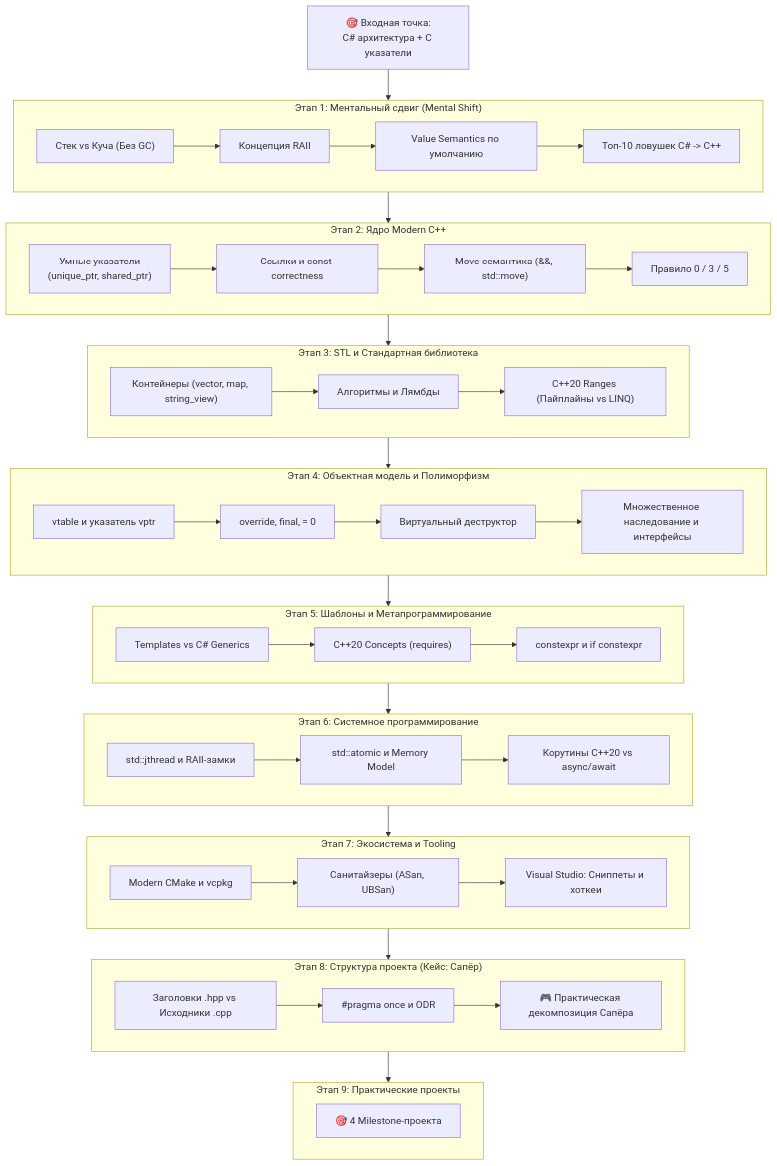
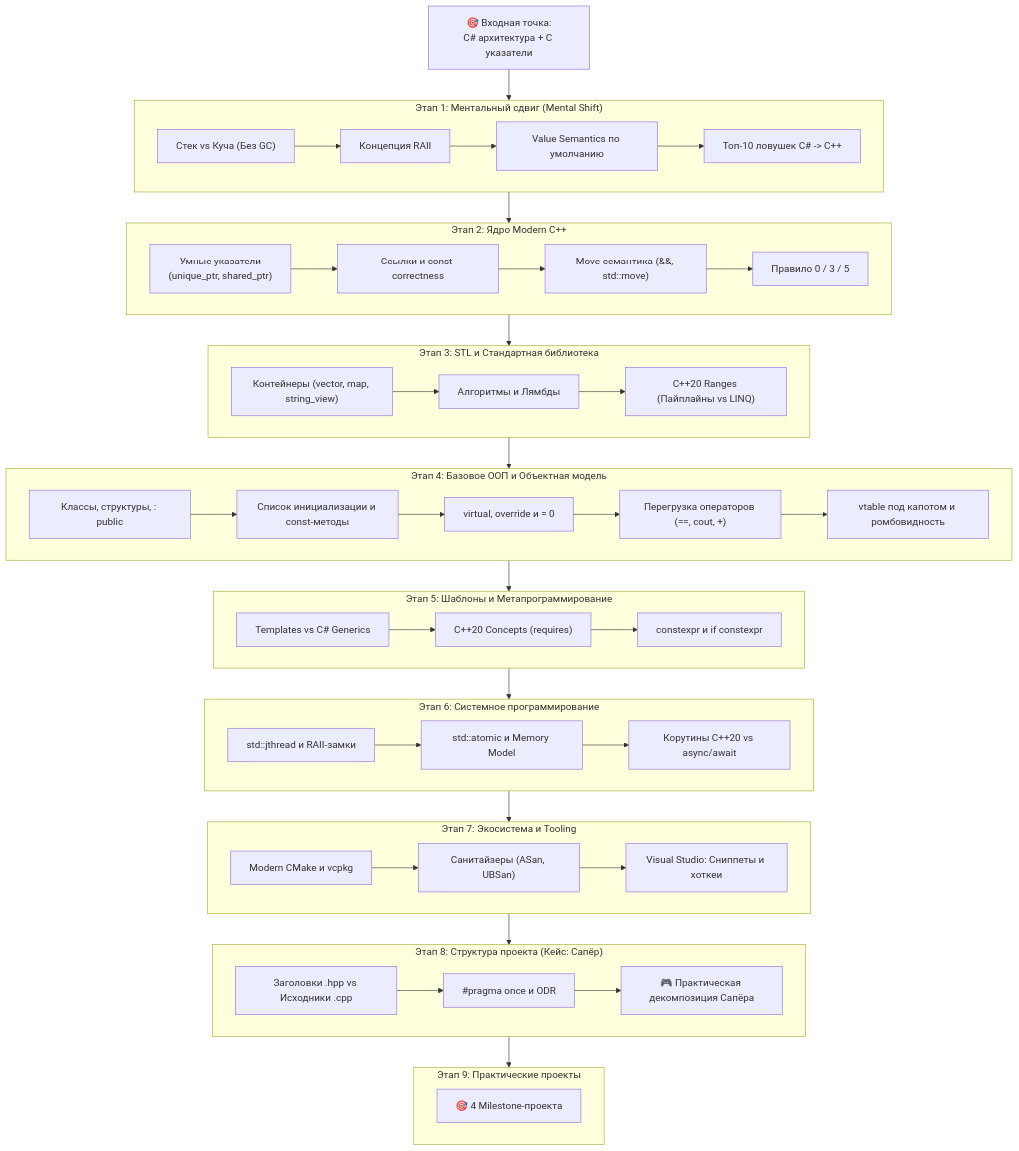
One commit to Irus07/CppRoadMap changed the diagram in README.md. Above: the diagram before and after it, drawn with Mermaid. The commit also changed other lines of this file and 5 other files, not shown here.

````diff
--- a/README.md
+++ b/README.md
@@ -14,67 +14,68 @@
 ```mermaid
 flowchart TD
     Start["🎯 Входная точка:<br/>C# архитектура + C указатели"] --> Phase1
     
     subgraph Phase1["Этап 1: Ментальный сдвиг (Mental Shift)"]
         A1["Стек vs Куча (Без GC)"] --> A2["Концепция RAII"]
         A2 --> A3["Value Semantics по умолчанию"]
         A3 --> A4["Топ-10 ловушек C# -> C++"]
     end
 
     Phase1 --> Phase2
 
     subgraph Phase2["Этап 2: Ядро Modern C++"]
         B1["Умные указатели<br/>(unique_ptr, shared_ptr)"] --> B2["Ссылки и const-correctness"]
         B2 --> B3["Move-семантика (&&, std::move)"]
         B3 --> B4["Правило 0 / 3 / 5"]
     end
 
     Phase2 --> Phase3
 
     subgraph Phase3["Этап 3: STL и Стандартная библиотека"]
         C1["Контейнеры (vector, map, string_view)"] --> C2["Алгоритмы и Лямбды"]
         C2 --> C3["C++20 Ranges (Пайплайны vs LINQ)"]
     end
 
     Phase3 --> Phase4
 
-    subgraph Phase4["Этап 4: Объектная модель и Полиморфизм"]
-        D1["vtable и указатель vptr"] --> D2["override, final, = 0"]
-        D2 --> D3["Виртуальный деструктор"]
-        D3 --> D4["Множественное наследование и интерфейсы"]
+    subgraph Phase4["Этап 4: Базовое ООП и Объектная модель"]
+        D1["Классы, структуры, : public"] --> D2["Список инициализации и const-методы"]
+        D2 --> D3["virtual, override и = 0"]
+        D3 --> D4["Перегрузка операторов (==, cout, +)"]
+        D4 --> D5["vtable под капотом и ромбовидность"]
     end
 
     Phase4 --> Phase5
 
     subgraph Phase5["Этап 5: Шаблоны и Метапрограммирование"]
         E1["Templates vs C# Generics"] --> E2["C++20 Concepts (requires)"]
         E2 --> E3["constexpr и if constexpr"]
     end
 
     Phase5 --> Phase6
 
     subgraph Phase6["Этап 6: Системное программирование"]
         F1["std::jthread и RAII-замки"] --> F2["std::atomic и Memory Model"]
         F2 --> F3["Корутины C++20 vs async/await"]
     end
 
     Phase6 --> Phase7
 
     subgraph Phase7["Этап 7: Экосистема и Tooling"]
         G1["Modern CMake и vcpkg"] --> G2["Санитайзеры (ASan, UBSan)"]
         G2 --> G3["Visual Studio: Сниппеты и хоткеи"]
     end
 
     Phase7 --> Phase8
 
     subgraph Phase8["Этап 8: Структура проекта (Кейс: Сапёр)"]
         H1["Заголовки .hpp vs Исходники .cpp"] --> H2["#pragma once и ODR"]
         H2 --> H3["🎮 Практическая декомпозиция Сапёра"]
     end
 
     Phase8 --> Phase9
 
     subgraph Phase9["Этап 9: Практические проекты"]
         I1["🎯 4 Milestone-проекта"]
     end
 ```
````
